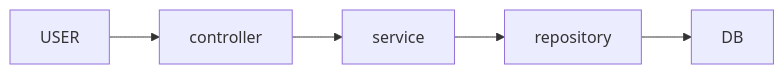
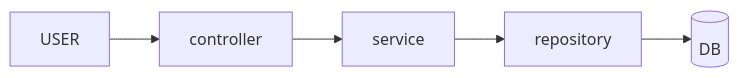
One commit to potatostore/Obsidian changed the first of 2 diagrams in Knowledge/Backend Develop Structure.md. Above: the diagram before and after it, drawn with Mermaid. The commit also changed other lines of this file, not shown here.

````diff
--- a/Knowledge/Backend Develop Structure.md
+++ b/Knowledge/Backend Develop Structure.md
@@ -3,5 +3,5 @@
 ``` mermaid
 graph LR
 	A1["USER"] --> A2["controller"] --> A3["service"] --> A4["repository"] 
-	--> A5["DB"]
+	--> A5[("DB")]
 ```
````
